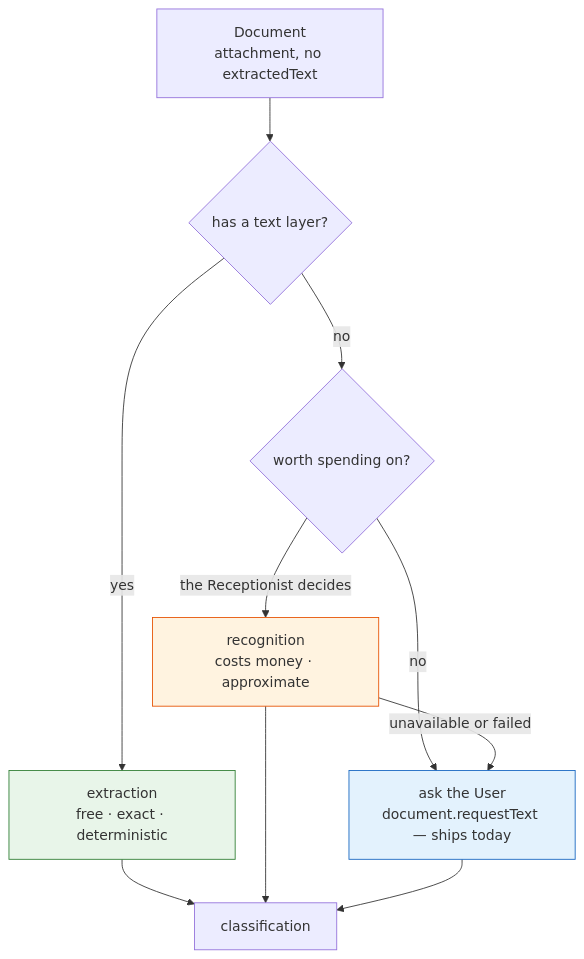
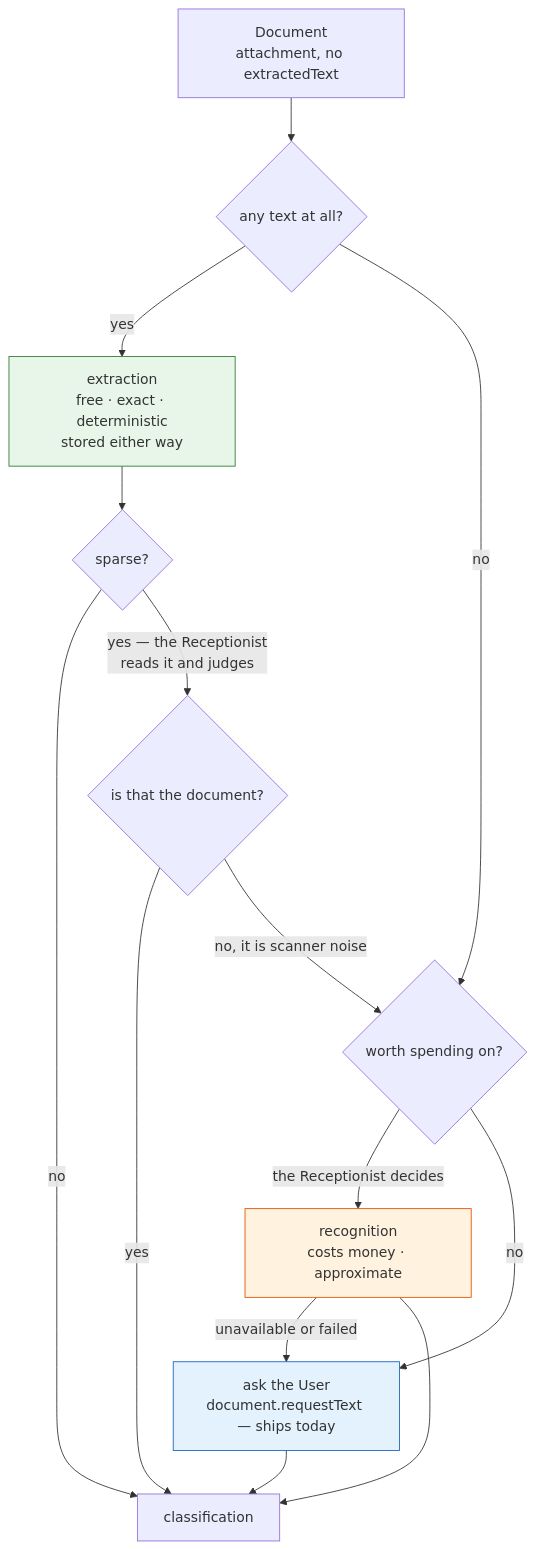
One commit to tillg/assistants changed the diagram in specs/changes/read-the-attachment/domain.md. Above: the diagram before and after it, drawn with Mermaid. The commit also changed other lines of this file and 20 other files, not shown here.

````diff
--- a/specs/changes/read-the-attachment/domain.md
+++ b/specs/changes/read-the-attachment/domain.md
@@ -41,17 +58,21 @@
 ```mermaid
 flowchart TB
     D["Document<br/>attachment, no extractedText"]
-    D --> E{"has a text layer?"}
-    E -->|yes| X["extraction<br/>free · exact · deterministic"]
+    D --> E{"any text at all?"}
+    E -->|yes| X["extraction<br/>free · exact · deterministic<br/>stored either way"]
     E -->|no| R{"worth spending on?"}
+    X --> S{"sparse?"}
+    S -->|no| C["classification"]
+    S -->|"yes — the Receptionist<br/>reads it and judges"| J{"is that the document?"}
+    J -->|yes| C
+    J -->|"no, it is scanner noise"| R
     R -->|"the Receptionist decides"| V["recognition<br/>costs money · approximate"]
     R -->|no| H
     V -->|"unavailable or failed"| H["ask the User<br/>document.requestText — ships today"]
-    X --> C["classification"]
     V --> C
     H --> C
 
     style X fill:#e8f5e9,stroke:#2e7d32
     style V fill:#fff3e0,stroke:#e65100
     style H fill:#e3f2fd,stroke:#1565c0
 ```
````
